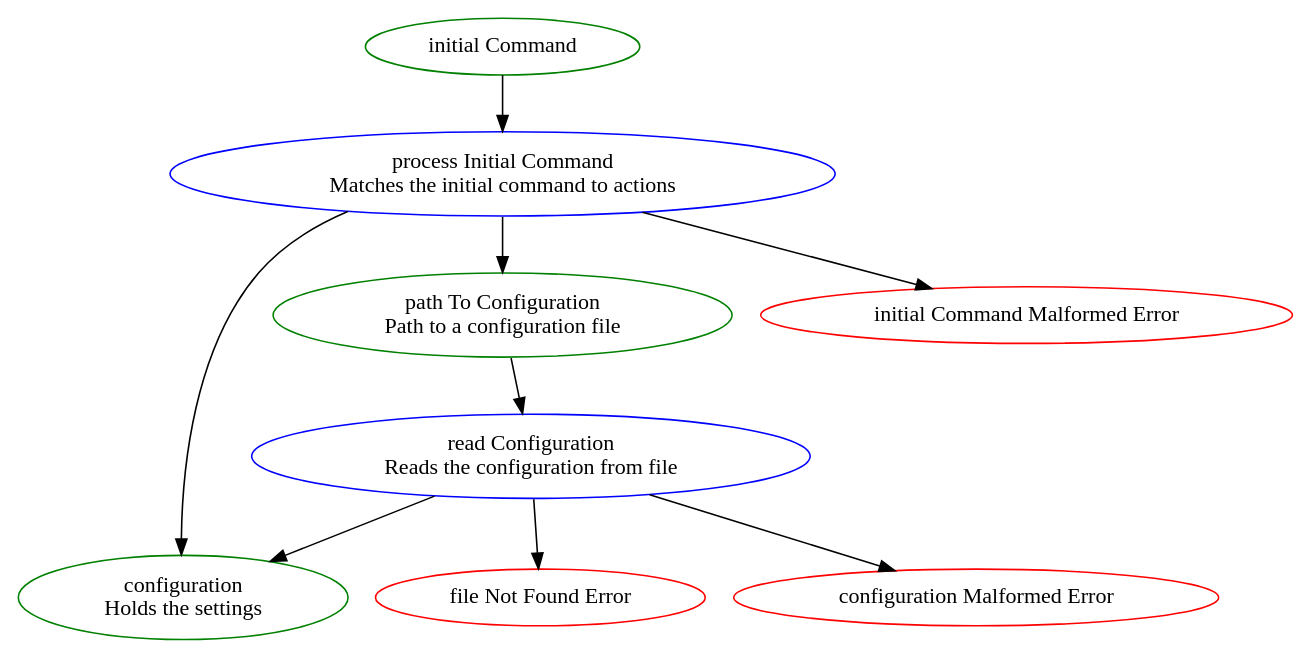
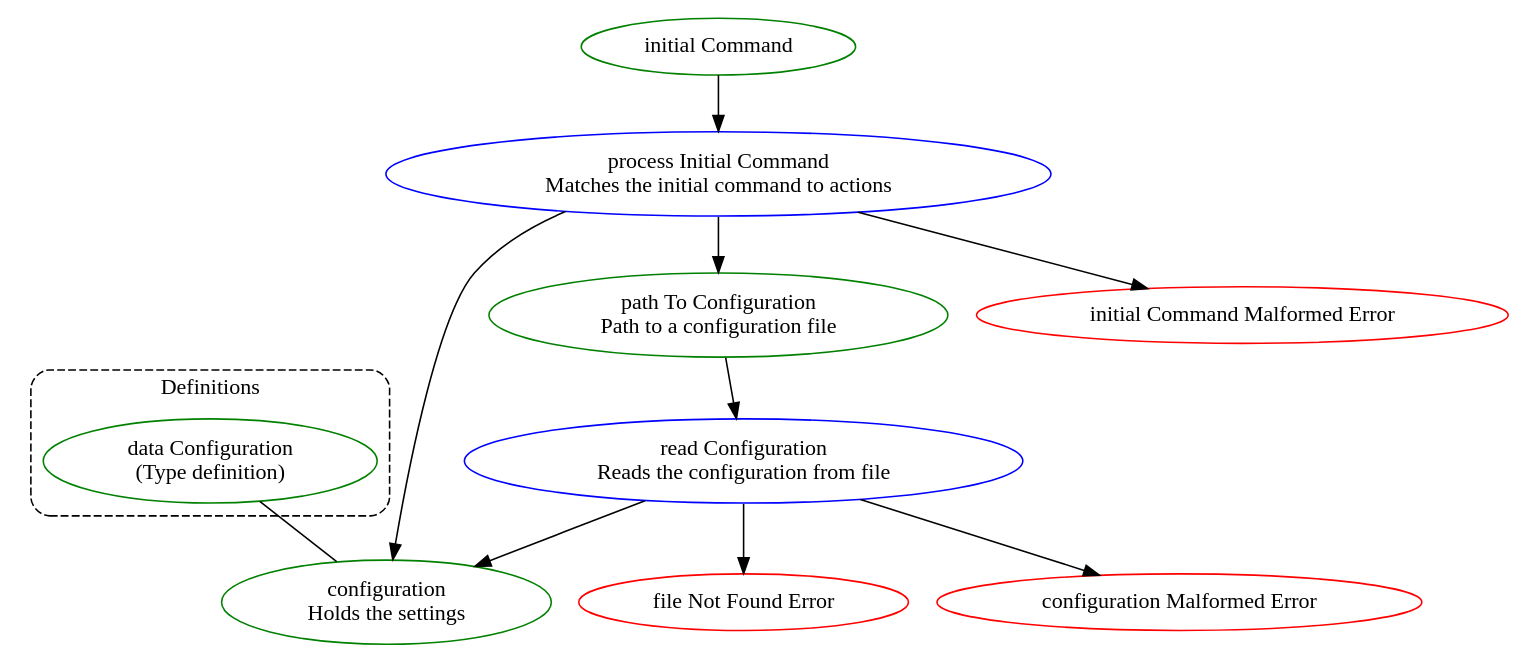
Before and after one commit to tesserato/Tect: the diagram in experiments/architecture.dot, drawn with Graphviz. The commit also changed 1 other file, not shown here.

```diff
--- a/experiments/architecture.dot
+++ b/experiments/architecture.dot
@@ -1,52 +1,83 @@
 digraph {
+    // subgraph "test" {
+    //     label="match initialCommand";
+    //     style="rounded,dashed";
+
+    //     "configuration" [
+    //         label="configuration";
+    //         color="green";
+    //     ];
+
+    //     "pathToConfiguration" [
+    //         label="path To Configuration";
+    //         color="green";
+    //     ];
+
+    //     "initialCommand" [
+    //         label="default";
+    //         color="green";
+    //     ];
+    // };
+    subgraph "clusterDefinitions" {
+        label="Definitions";
+        style="rounded,dashed";
+        
+        "dataConfiguration" [
+            label = "data Configuration\n(Type definition)";
+            color="green";
+        ];
+    };
+
     "configuration" [
         label = "configuration\nHolds the settings";
         color="green";
     ];
+
+    dataConfiguration -> configuration [dir=none];
 
     "pathToConfiguration" [
         label = "path To Configuration\nPath to a configuration file";
         color="green";
     ];
 
     "initialCommand" [
         label = "initial Command";
         color="green";
     ];
 
     "initialCommandMalformedError" [
         color="red";
         label="initial Command Malformed Error";
     ];
 
     "readConfiguration" [
         label = "read Configuration\nReads the configuration from file";
         color="blue";
     ];
 
     "processInitialCommand" [
         label="process Initial Command\nMatches the initial command to actions";
         color="blue";
     ];
 
     "fileNotFoundError" [
         label="file Not Found Error";
         color="red";
     ];
 
     "configurationMalformedError" [
         label="configuration Malformed Error";
         color="red";
     ];
 
     initialCommand -> processInitialCommand;
     processInitialCommand -> configuration;
     processInitialCommand -> pathToConfiguration;
     processInitialCommand -> initialCommandMalformedError;
 
     pathToConfiguration -> readConfiguration;
     readConfiguration -> configuration;
     readConfiguration -> fileNotFoundError;
     readConfiguration -> configurationMalformedError;
     
 }
```
